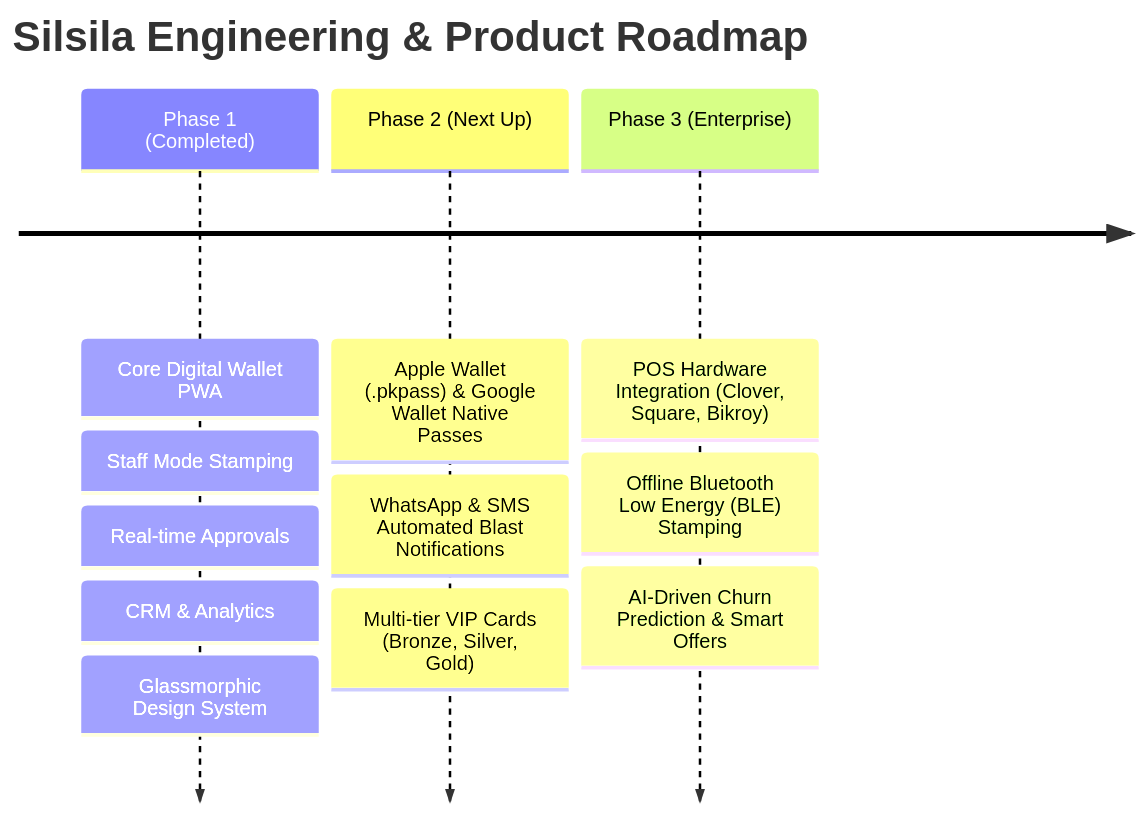
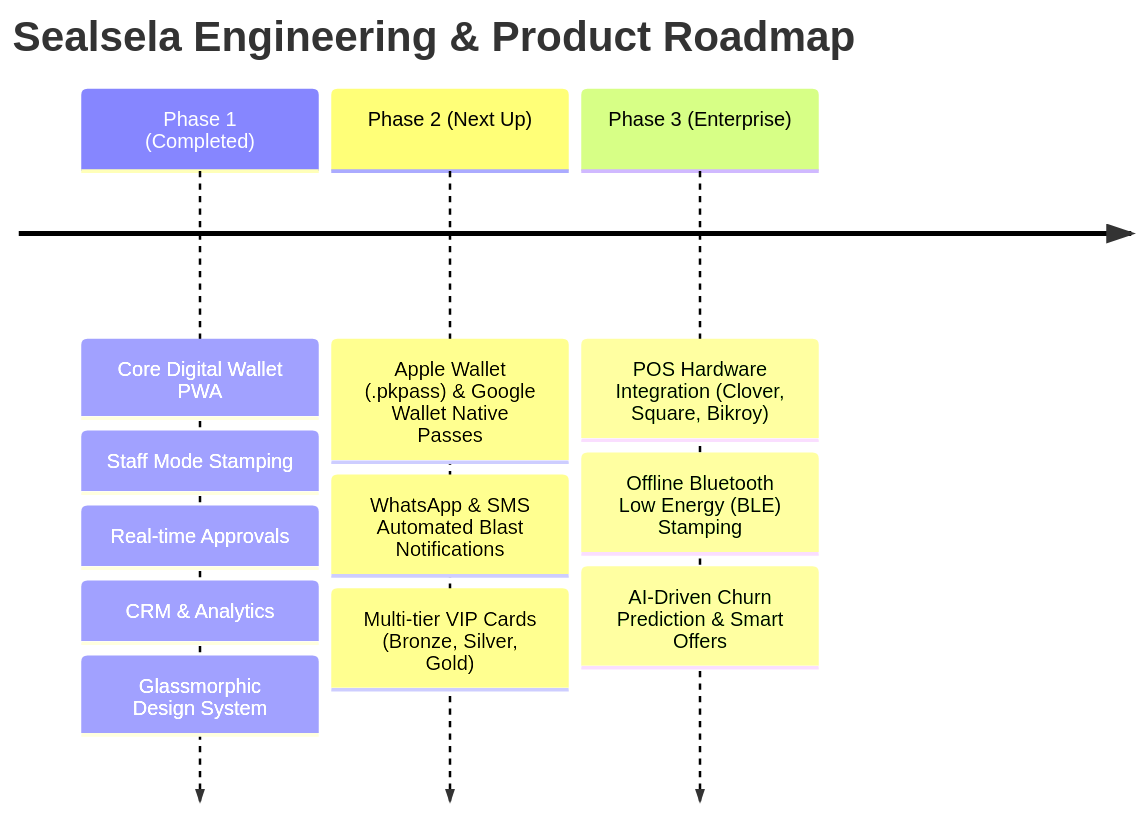
The third of 3 diagrams in PRD.md (sadman-rahman-mridul/silsila), drawn with Mermaid before and after one commit. The commit also changed other lines of this file and 14 other files, not shown here.

````diff
--- a/PRD.md
+++ b/PRD.md
@@ -215,7 +215,7 @@
 ```mermaid
 timeline
-    title Silsila Engineering & Product Roadmap
+    title Sealsela Engineering & Product Roadmap
     Phase 1 (Completed) : Core Digital Wallet PWA : Staff Mode Stamping : Real-time Approvals : CRM & Analytics : Glassmorphic Design System
     Phase 2 (Next Up) : Apple Wallet (.pkpass) & Google Wallet Native Passes : WhatsApp & SMS Automated Blast Notifications : Multi-tier VIP Cards (Bronze, Silver, Gold)
     Phase 3 (Enterprise) : POS Hardware Integration (Clover, Square, Bikroy) : Offline Bluetooth Low Energy (BLE) Stamping : AI-Driven Churn Prediction & Smart Offers
 ```
````
